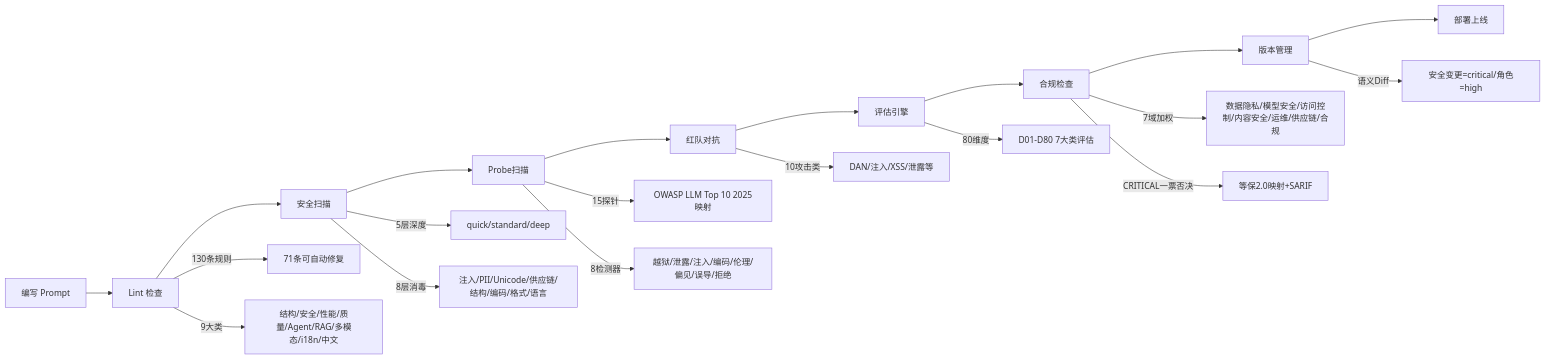
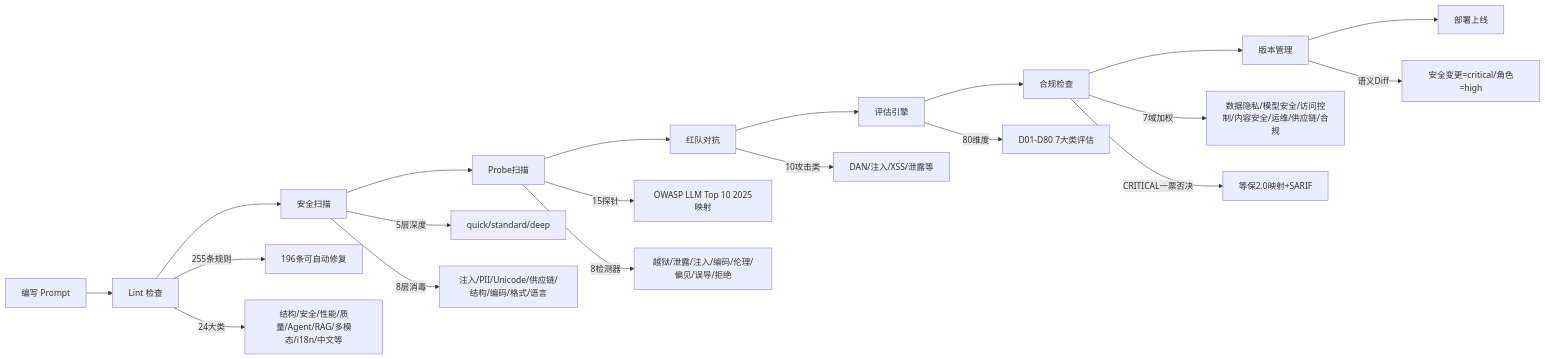
The first of 2 diagrams in README.md (wqbcs/ai-prompt-toolkit), drawn with Mermaid before and after one commit. The commit also changed other lines of this file and 46 other files, not shown here.

````diff
--- a/README.md
+++ b/README.md
@@ -218,23 +218,23 @@
 ```mermaid
 graph LR
     A[编写 Prompt] --> B[Lint 检查]
     B --> C[安全扫描]
     C --> D[Probe扫描]
     D --> E[红队对抗]
     E --> F[评估引擎]
     F --> G[合规检查]
     G --> H[版本管理]
     H --> I[部署上线]
 
-    B -->|130条规则| B1[71条可自动修复]
-    B -->|9大类| B2[结构/安全/性能/质量/Agent/RAG/多模态/i18n/中文]
+    B -->|255条规则| B1[196条可自动修复]
+    B -->|24大类| B2[结构/安全/性能/质量/Agent/RAG/多模态/i18n/中文等]
     C -->|5层深度| C1[quick/standard/deep]
     C -->|8层消毒| C2[注入/PII/Unicode/供应链/结构/编码/格式/语言]
     D -->|15探针| D1[OWASP LLM Top 10 2025映射]
     D -->|8检测器| D2[越狱/泄露/注入/编码/伦理/偏见/误导/拒绝]
     E -->|10攻击类| E1[DAN/注入/XSS/泄露等]
     F -->|80维度| F1[D01-D80 7大类评估]
     G -->|7域加权| G1[数据隐私/模型安全/访问控制/内容安全/运维/供应链/合规]
     G -->|CRITICAL一票否决| G2[等保2.0映射+SARIF]
     H -->|语义Diff| H1[安全变更=critical/角色=high]
 ```
````
